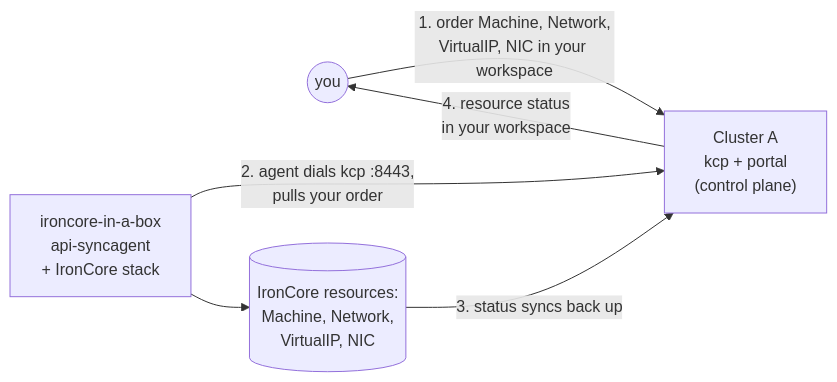
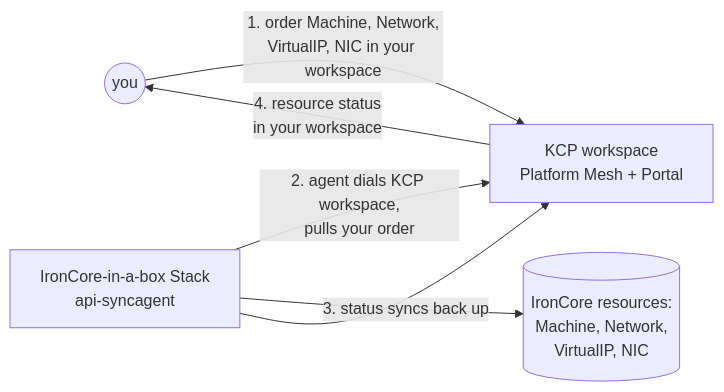
Before and after one commit to platform-mesh/contrib-examples: the diagram in msp-ironcore/README.md, drawn with Mermaid. The commit also changed other lines of this file and 1 other file, not shown here.

Commit message:
chore: update README and architecture documentation

````diff
--- a/msp-ironcore/README.md
+++ b/msp-ironcore/README.md
@@ -11,10 +15,10 @@
 ```mermaid
 flowchart LR
     you((you)) -- "1. order Machine, Network,<br/>VirtualIP, NIC in your workspace" --> A
-    A["Cluster A<br/>kcp + portal<br/>(control plane)"]
-    B["ironcore-in-a-box<br/>api-syncagent<br/>+ IronCore stack"]
-    B -- "2. agent dials kcp :8443,<br/>pulls your order" --> A
+    A["KCP workspace<br/>Platform Mesh + Portal"]
+    B["IronCore-in-a-box Stack<br/>api-syncagent<br/>"]
+    B -- "2. agent dials KCP workspace,<br/>pulls your order" --> A
     B --> ic[("IronCore resources:<br/>Machine, Network,<br/>VirtualIP, NIC")]
-    ic -- "3. status syncs back up" --> A
+    B -- "3. status syncs back up" --> A
     A -- "4. resource status<br/>in your workspace" --> you
 ```
````
